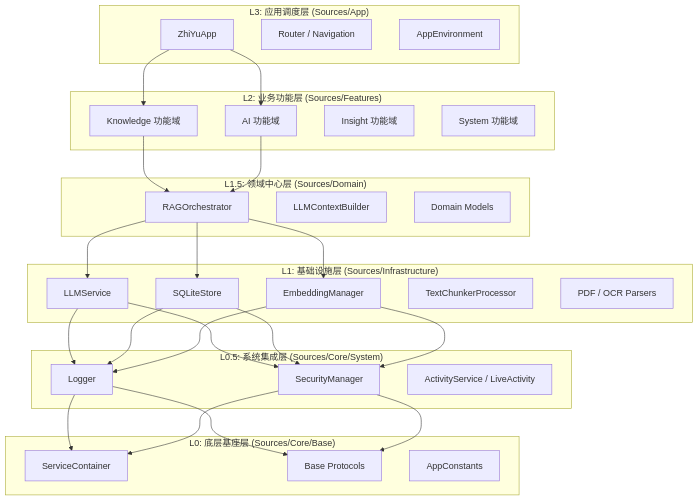
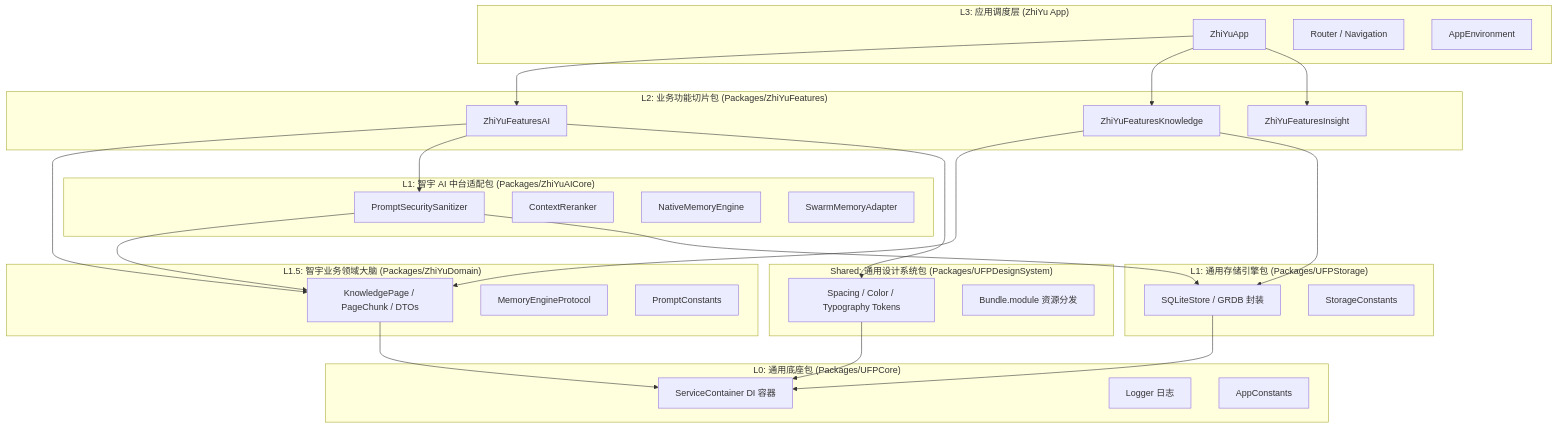
The first of 2 diagrams in Docs/Architecture/HIGH_LEVEL_DESIGN.md (wangchong2023/ZhiYu), drawn with Mermaid before and after one commit. The commit also changed other lines of this file and 94 other files, not shown here.

````diff
--- a/Docs/Architecture/HIGH_LEVEL_DESIGN.md
+++ b/Docs/Architecture/HIGH_LEVEL_DESIGN.md
@@ -13,48 +13,61 @@
 ```mermaid
 graph TD
-    subgraph "L3: 应用调度层 (Sources/App)"
+    subgraph "L3: 应用调度层 (ZhiYu App)"
         ZApp[ZhiYuApp]
         Router[Router / Navigation]
         Env[AppEnvironment]
     end
 
-    subgraph "L2: 业务功能层 (Sources/Features)"
-        Feat_K[Knowledge 功能域]
-        Feat_AI[AI 功能域]
-        Feat_Ins[Insight 功能域]
-        Feat_Sys[System 功能域]
+    subgraph "L2: 业务功能切片包 (Packages/ZhiYuFeatures)"
+        Feat_AI[ZhiYuFeaturesAI]
+        Feat_K[ZhiYuFeaturesKnowledge]
+        Feat_Ins[ZhiYuFeaturesInsight]
     end
 
-    subgraph "L1.5: 领域中心层 (Sources/Domain)"
-        RAGOrch[RAGOrchestrator]
-        CtxBuild[LLMContextBuilder]
-        DomainModels[Domain Models]
+    subgraph "L1.5: 智宇业务领域大脑 (Packages/ZhiYuDomain)"
+        DomainModels[KnowledgePage / PageChunk / DTOs]
+        MemProto[MemoryEngineProtocol]
+        PromptConst[PromptConstants]
     end
 
-    subgraph "L1: 基础设施层 (Sources/Infrastructure)"
-        LLMSvc[LLMService]
-        SQLStore[SQLiteStore]
-        EmbedMgr[EmbeddingManager]
-        Chunker[TextChunkerProcessor]
-        Parsers[PDF / OCR Parsers]
+    subgraph "L1: 智宇 AI 中台适配包 (Packages/ZhiYuAICore)"
+        Sanitizer[PromptSecuritySanitizer]
+        Reranker[ContextReranker]
+        NativeMem[NativeMemoryEngine]
+        SwarmMem[SwarmMemoryAdapter]
     end
 
-    subgraph "L0.5: 系统集成层 (Sources/Core/System)"
-        Sys_Log[Logger]
-        Sys_Sec[SecurityManager]
-        Sys_Act[ActivityService / LiveActivity]
+    subgraph "L1: 通用存储引擎包 (Packages/UFPStorage)"
+        SQLiteEngine[SQLiteStore / GRDB 封装]
+        StorageConst[StorageConstants]
     end
 
-    subgraph "L0: 底层基座层 (Sources/Core/Base)"
-        DI[ServiceContainer]
-        Proto[Base Protocols]
-        Const[AppConstants]
+    subgraph "Shared: 通用设计系统包 (Packages/UFPDesignSystem)"
+        DesignTokens[Spacing / Color / Typography Tokens]
+        ModuleBundle[Bundle.module 资源分发]
     end
 
-    %% 依赖流向关系 (严格自顶向下)
-    ZApp --> Feat_K & Feat_AI
-    Feat_K & Feat_AI --> RAGOrch
-    RAGOrch --> LLMSvc & SQLStore & EmbedMgr
-    LLMSvc & SQLStore & EmbedMgr --> Sys_Log & Sys_Sec
-    Sys_Log & Sys_Sec --> DI & Proto
+    subgraph "L0: 通用底座包 (Packages/UFPCore)"
+        DI[ServiceContainer DI 容器]
+        Logger[Logger 日志]
+        AppConst[AppConstants]
+    end
+
+    ZApp --> Feat_AI
+    ZApp --> Feat_K
+    ZApp --> Feat_Ins
+
+    Feat_AI --> DomainModels
+    Feat_AI --> Sanitizer
+    Feat_AI --> DesignTokens
+
+    Feat_K --> DomainModels
+    Feat_K --> SQLiteEngine
+
+    Sanitizer --> DomainModels
+    Sanitizer --> SQLiteEngine
+    
+    DomainModels --> DI
+    SQLiteEngine --> DI
+    DesignTokens --> DI
 ```
````
